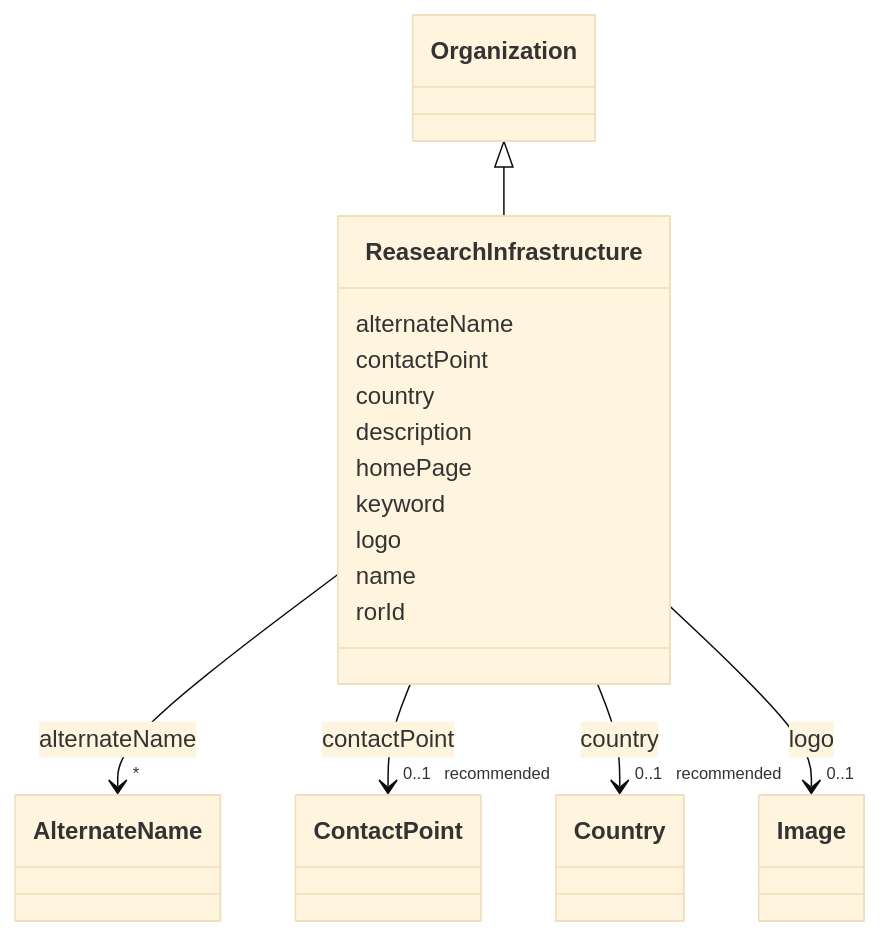
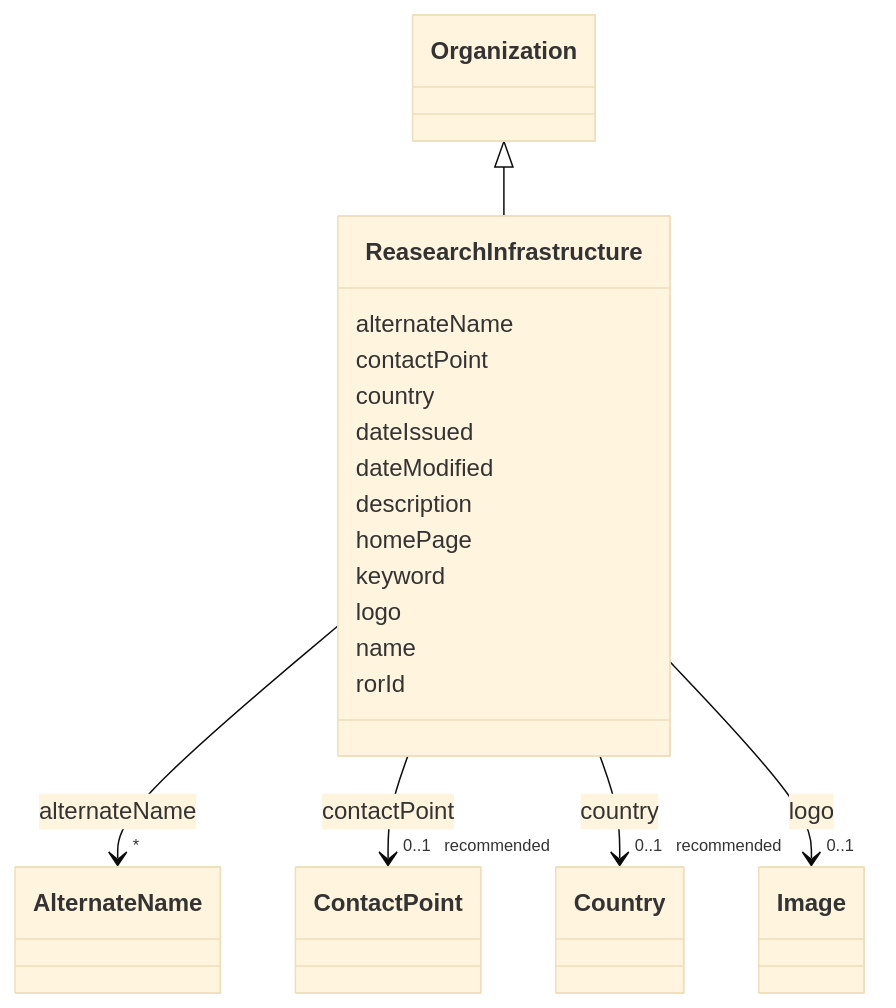
One commit to EVORA-project/evora-ontology changed the diagram in models/docs/ReasearchInfrastructure.md. Above: the diagram before and after it, drawn with Mermaid (base theme). The commit also changed other lines of this file and 377 other files, not shown here.

````diff
--- a/models/docs/ReasearchInfrastructure.md
+++ b/models/docs/ReasearchInfrastructure.md
@@ -19,55 +19,59 @@
 ```mermaid
  classDiagram
     class ReasearchInfrastructure
     click ReasearchInfrastructure href "../ReasearchInfrastructure"
       Organization <|-- ReasearchInfrastructure
         click Organization href "../Organization"
       
       ReasearchInfrastructure : alternateName
         
           
     
     
     ReasearchInfrastructure --> "*" AlternateName : alternateName
     click AlternateName href "../AlternateName"
 
         
       ReasearchInfrastructure : contactPoint
         
           
     
     
     ReasearchInfrastructure --> "0..1 _recommended_" ContactPoint : contactPoint
     click ContactPoint href "../ContactPoint"
 
         
       ReasearchInfrastructure : country
         
           
     
     
     ReasearchInfrastructure --> "0..1 _recommended_" Country : country
     click Country href "../Country"
 
         
+      ReasearchInfrastructure : dateIssued
+        
+      ReasearchInfrastructure : dateModified
+        
       ReasearchInfrastructure : description
         
       ReasearchInfrastructure : homePage
         
       ReasearchInfrastructure : keyword
         
       ReasearchInfrastructure : logo
         
           
     
     
     ReasearchInfrastructure --> "0..1" Image : logo
     click Image href "../Image"
 
         
       ReasearchInfrastructure : name
         
       ReasearchInfrastructure : rorId
         
       
 ```
````
